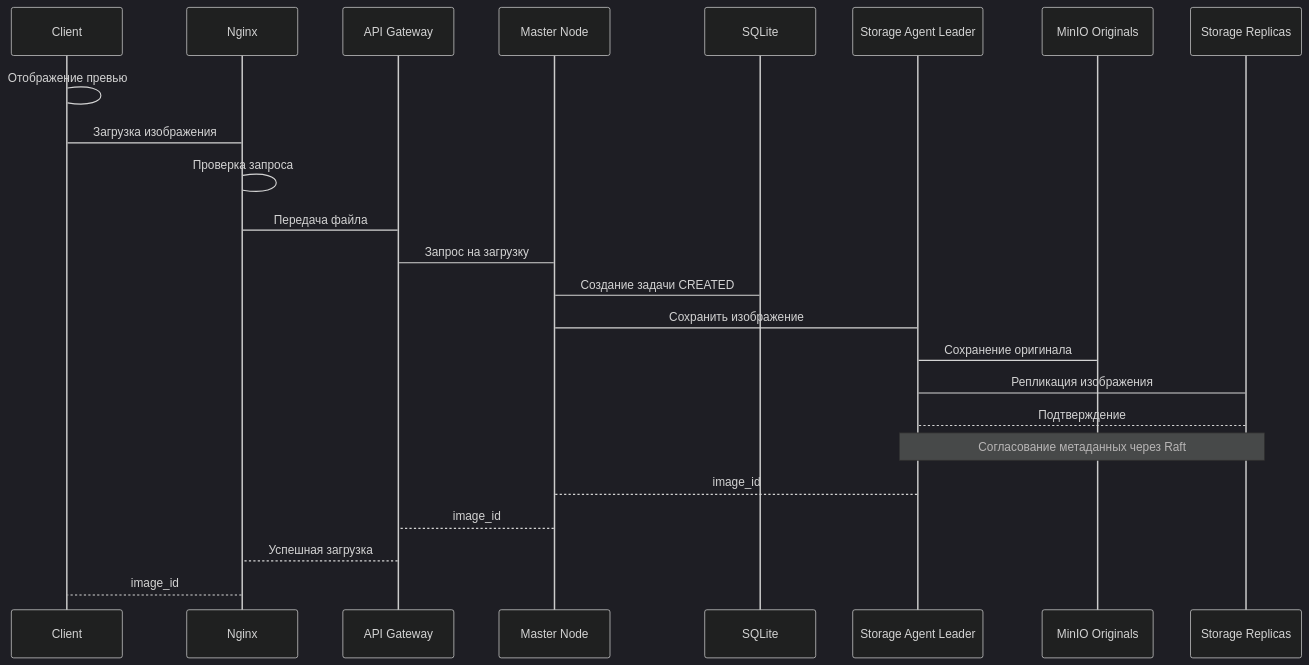
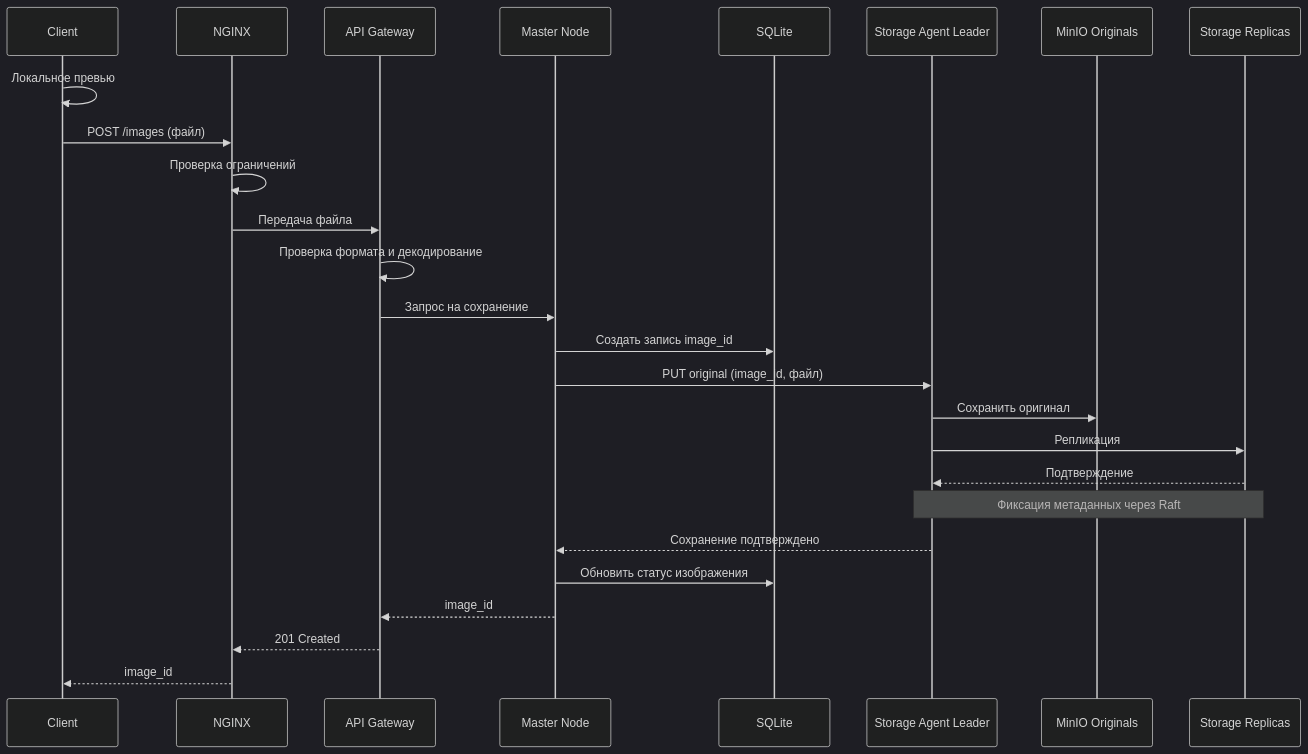
One commit to spbu-ds-practicum-2026/vibeflow changed the fourth of 12 diagrams in docs/tr.md. Above: the diagram before and after it, drawn with Mermaid (dark theme). The commit also changed other lines of this file, not shown here.

````diff
--- a/docs/tr.md
+++ b/docs/tr.md
@@ -243,27 +402,29 @@
 ```mermaid
 sequenceDiagram
     participant C as Client
-    participant N as Nginx
+    participant N as NGINX
     participant API as API Gateway
     participant M as Master Node
     participant DB as SQLite
     participant SA as Storage Agent Leader
     participant O as MinIO Originals
     participant REP as Storage Replicas
 
-    C->C: Отображение превью
-    C->N: Загрузка изображения
-    N->N: Проверка запроса
-    N->API: Передача файла
-    API->M: Запрос на загрузку
-    M->DB: Создание задачи CREATED
-    M->SA: Сохранить изображение
-    SA->O: Сохранение оригинала
-    SA->REP: Репликация изображения
-    REP-->SA: Подтверждение
-    Note over SA,REP: Согласование метаданных через Raft
-    SA-->M: image_id
-    M-->API: image_id
-    API-->N: Успешная загрузка
-    N-->C: image_id
+    C->>C: Локальное превью
+    C->>N: POST /images (файл)
+    N->>N: Проверка ограничений
+    N->>API: Передача файла
+    API->>API: Проверка формата и декодирование
+    API->>M: Запрос на сохранение
+    M->>DB: Создать запись image_id
+    M->>SA: PUT original (image_id, файл)
+    SA->>O: Сохранить оригинал
+    SA->>REP: Репликация
+    REP-->>SA: Подтверждение
+    Note over SA,REP: Фиксация метаданных через Raft
+    SA-->>M: Сохранение подтверждено
+    M->>DB: Обновить статус изображения
+    M-->>API: image_id
+    API-->>N: 201 Created
+    N-->>C: image_id
 ```
````
